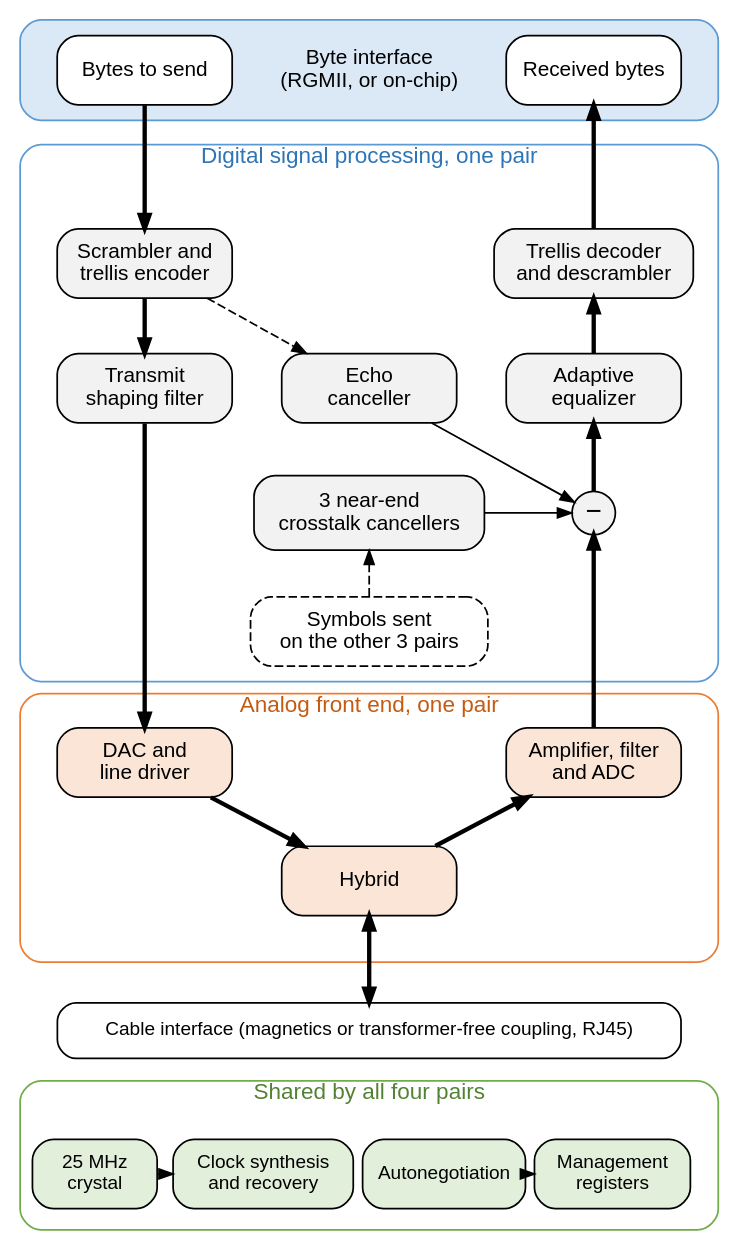
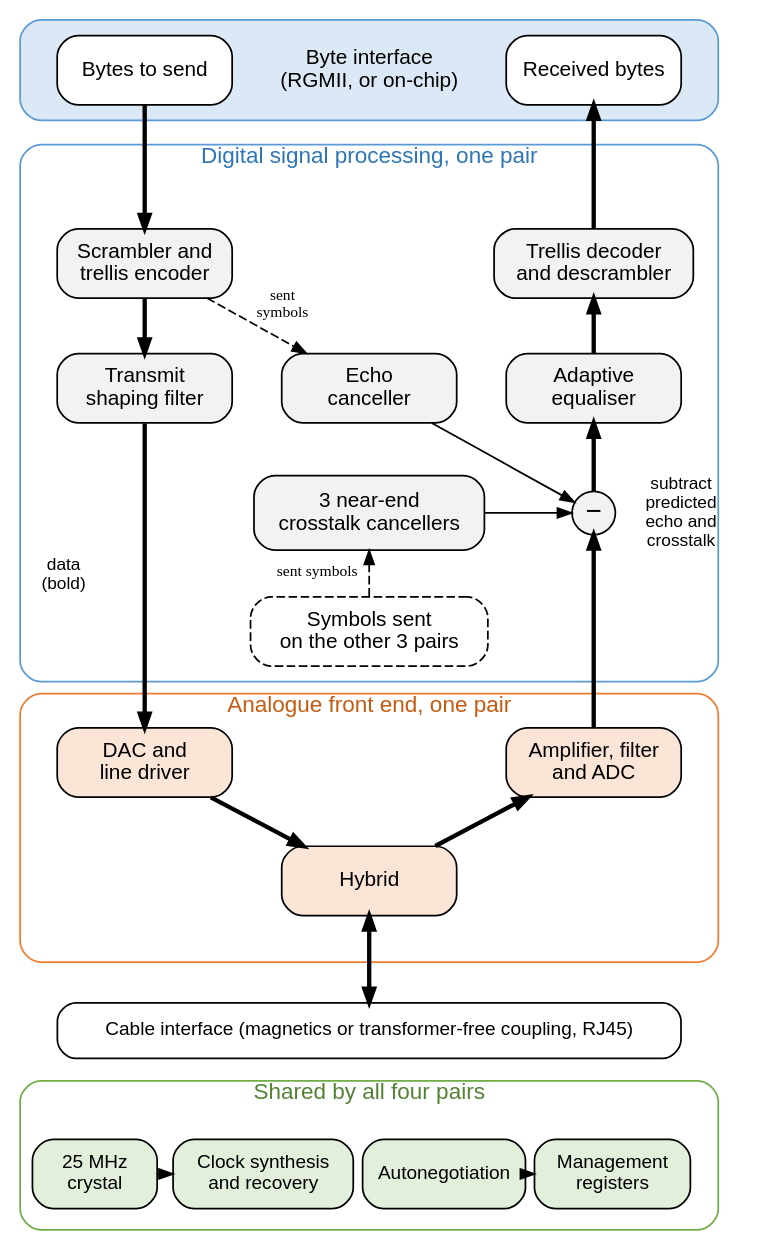
The diagram in docs/ethernet/phy-electrical/transceiver-blocks.dot (mithro/evampire), drawn with Graphviz before and after one commit. The commit also changed 2 other files, not shown here.

```diff
--- a/docs/ethernet/phy-electrical/transceiver-blocks.dot
+++ b/docs/ethernet/phy-electrical/transceiver-blocks.dot
@@ -1,97 +1,102 @@
 // Inside a gigabit Ethernet transceiver: one of the four identical pair
 // channels in detail, plus the blocks shared by all four.
 //
 // The blocks are placed on a fixed grid (positions in inches) so that the
 // diagram reads top to bottom and fits the width of a documentation page:
 //
 //   column 1 (x=1.2)  transmit path, downwards
 //   column 2 (x=3.0)  echo and crosstalk cancellers
 //   column 3 (x=4.8)  receive path, upwards
 //
 // Group outlines are drawn as background boxes first. Edges are straight
 // lines, placed so that none of them crosses a block.
 //
 // SPDX-License-Identifier: Apache-2.0
 
 digraph transceiver {
     graph [layout=neato, splines=false, overlap=true, outputorder=nodesfirst,
            fontname="Helvetica"];
     node  [shape=box, style="rounded,filled", fillcolor="#f2f2f2",
            fontname="Helvetica", fontsize=12, width=1.4, height=0.55,
            fixedsize=true];
     edge  [arrowsize=0.8];
 
     // Group outlines.
     g_bytes  [pos="3.0,9.45!", width=5.6, height=0.8, label="Byte interface\n(RGMII, or on-chip)",
               fontsize=12, style="rounded,filled", color="#5b9bd5",
               fillcolor="#dbe8f5"];
     g_dsp    [pos="3.0,6.7!", width=5.6, height=4.3, label="Digital signal processing, one pair",
               labelloc=t, fontsize=13, fontcolor="#2e75b6", style="rounded",
               color="#5b9bd5", fillcolor="none"];
-    g_analog [pos="3.0,3.375!", width=5.6, height=2.15, label="Analog front end, one pair",
+    g_analog [pos="3.0,3.375!", width=5.6, height=2.15, label="Analogue front end, one pair",
               labelloc=t, fontsize=13, fontcolor="#c55a11", style="rounded",
               color="#ed7d31", fillcolor="none"];
     g_shared [pos="3.0,0.75!", width=5.6, height=1.2, label="Shared by all four pairs",
               labelloc=t, fontsize=13, fontcolor="#548235", style="rounded",
               color="#70ad47", fillcolor="none"];
 
     // Byte interface to the forwarding logic: bytes to send on the left,
     // received bytes on the right, so both connections run straight down.
     tx_bytes [pos="1.2,9.45!", label="Bytes to send", fillcolor="#ffffff"];
     rx_bytes [pos="4.8,9.45!", label="Received bytes", fillcolor="#ffffff"];
 
     // Digital signal processing.
     enc   [pos="1.2,7.9!", label="Scrambler and\ntrellis encoder"];
     shape [pos="1.2,6.9!", label="Transmit\nshaping filter"];
     echo  [pos="3.0,6.9!", label="Echo\ncanceller"];
     next  [pos="3.0,5.9!", label="3 near-end\ncrosstalk cancellers",
            width=1.85, height=0.6];
     other [pos="3.0,4.95!", label="Symbols sent\non the other 3 pairs",
            width=1.9, style="rounded,dashed,filled", fillcolor="#ffffff"];
     dec   [pos="4.8,7.9!", width=1.6, label="Trellis decoder\nand descrambler"];
-    eq    [pos="4.8,6.9!", label="Adaptive\nequalizer"];
+    eq    [pos="4.8,6.9!", label="Adaptive\nequaliser"];
     sum   [pos="4.8,5.9!", label="−", shape=circle, width=0.35, height=0.35,
            fontsize=16];
 
-    // Analog front end.
+    sum_l [pos="5.5,5.9!", shape=plaintext, style="", width=0.9, height=0.4,
+           fontsize=10, label="subtract\npredicted\necho and\ncrosstalk"];
+    data_l [pos="0.55,5.4!", shape=plaintext, style="", width=0.6, height=0.4,
+            fontsize=10, label="data\n(bold)"];
+
+    // Analogue front end.
     dac    [pos="1.2,3.9!", label="DAC and\nline driver", fillcolor="#fbe5d6"];
     adc    [pos="4.8,3.9!", label="Amplifier, filter\nand ADC", fillcolor="#fbe5d6"];
     hybrid [pos="3.0,2.95!", label="Hybrid", fillcolor="#fbe5d6"];
 
     // Cable side.
     cable [pos="3.0,1.75!", width=5.0, height=0.45,
            label="Cable interface (magnetics or transformer-free coupling, RJ45)",
            fontsize=11, fillcolor="#ffffff"];
 
     // Shared blocks.
     xtal [pos="0.8,0.6!", width=1.0, fontsize=11, label="25 MHz\ncrystal", fillcolor="#e2efda"];
     pll  [pos="2.15,0.6!", width=1.45, fontsize=11, label="Clock synthesis\nand recovery", fillcolor="#e2efda"];
     an   [pos="3.6,0.6!", width=1.3, fontsize=11, label="Autonegotiation", fillcolor="#e2efda"];
     mgmt [pos="4.95,0.6!", width=1.25, label="Management\nregisters", fontsize=11,
           fillcolor="#e2efda"];
 
     // Transmit path.
     tx_bytes -> enc [penwidth=2.5];
     enc   -> shape  [penwidth=2.5];
     shape -> dac    [penwidth=2.5];
     dac   -> hybrid [penwidth=2.5];
     hybrid -> cable [penwidth=2.5, dir=both];
 
     // Receive path.
     hybrid -> adc   [penwidth=2.5];
     adc   -> sum    [penwidth=2.5];
     sum   -> eq     [penwidth=2.5];
     eq    -> dec    [penwidth=2.5];
     dec   -> rx_bytes [penwidth=2.5];
 
     // Cancellers: copies of the transmitted symbols, subtracted from the
     // received signal.
-    enc   -> echo   [style=dashed];
+    enc   -> echo   [style=dashed, xlabel="sent\nsymbols", fontsize=9];
     echo  -> sum;
-    other -> next   [style=dashed];
+    other -> next   [style=dashed, xlabel="sent symbols", fontsize=9];
     next  -> sum;
 
     // Shared blocks.
     xtal -> pll  [style=dotted];
     an   -> mgmt [style=dotted];
 }
```
